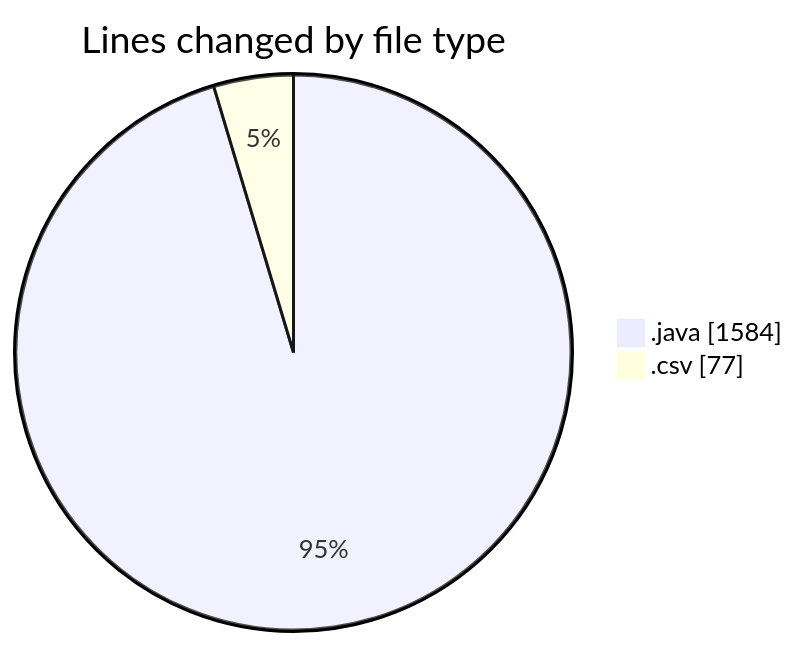
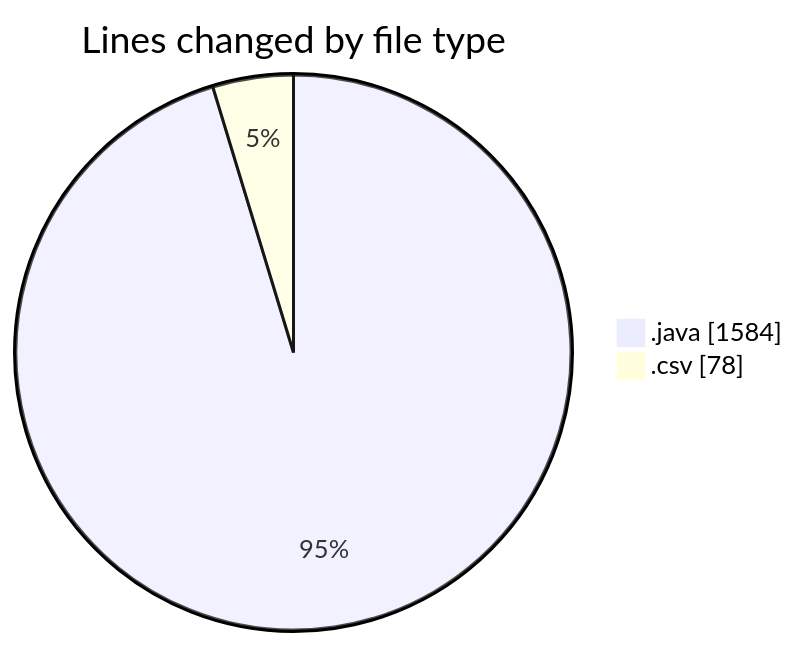
The first of 2 diagrams in 2026-04-13/cilapp/README.md (ricardozamudiocil/code-tracking), drawn with Mermaid before and after one commit. The commit also changed other lines of this file and 1 other file, not shown here.

````diff
--- a/2026-04-13/cilapp/README.md
+++ b/2026-04-13/cilapp/README.md
@@ -27,6 +27,6 @@
 ```mermaid
 pie showData
 title Lines changed by file type
 ".java" : 1584
-".csv" : 77
+".csv" : 78
 ```
````
